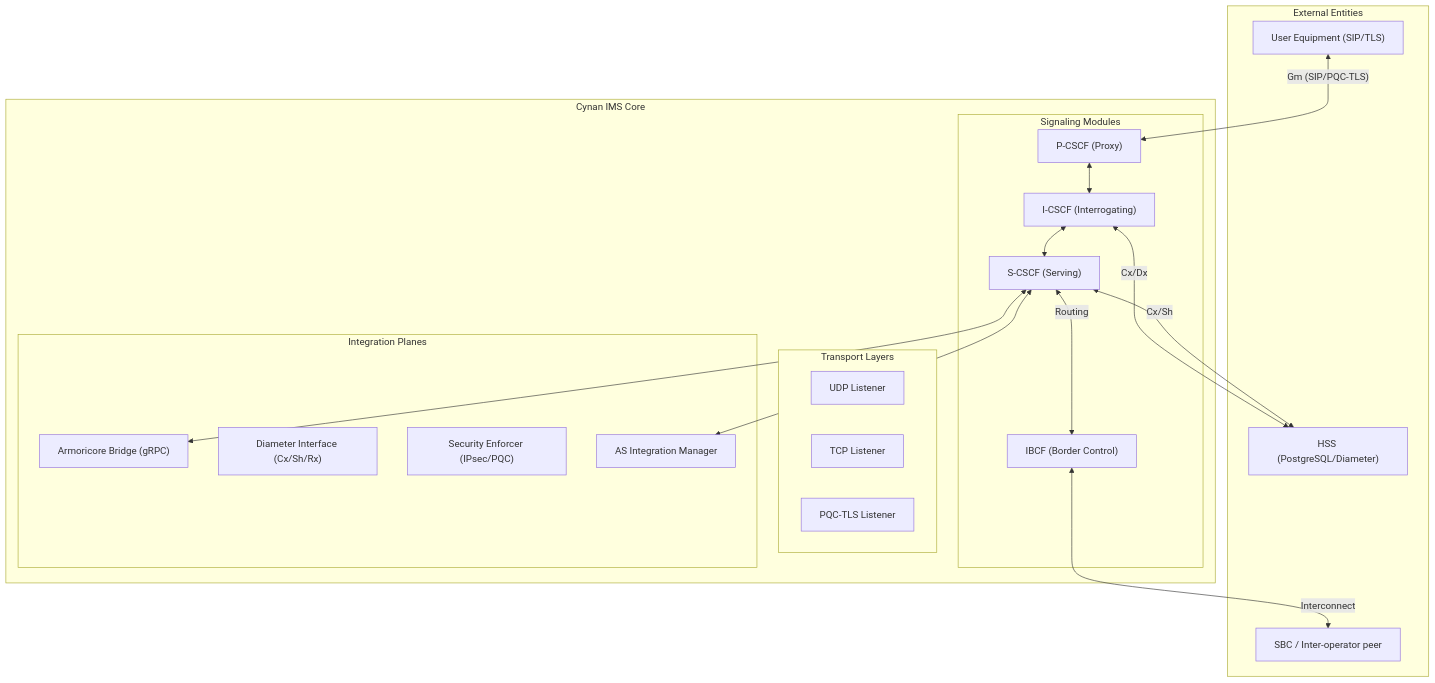
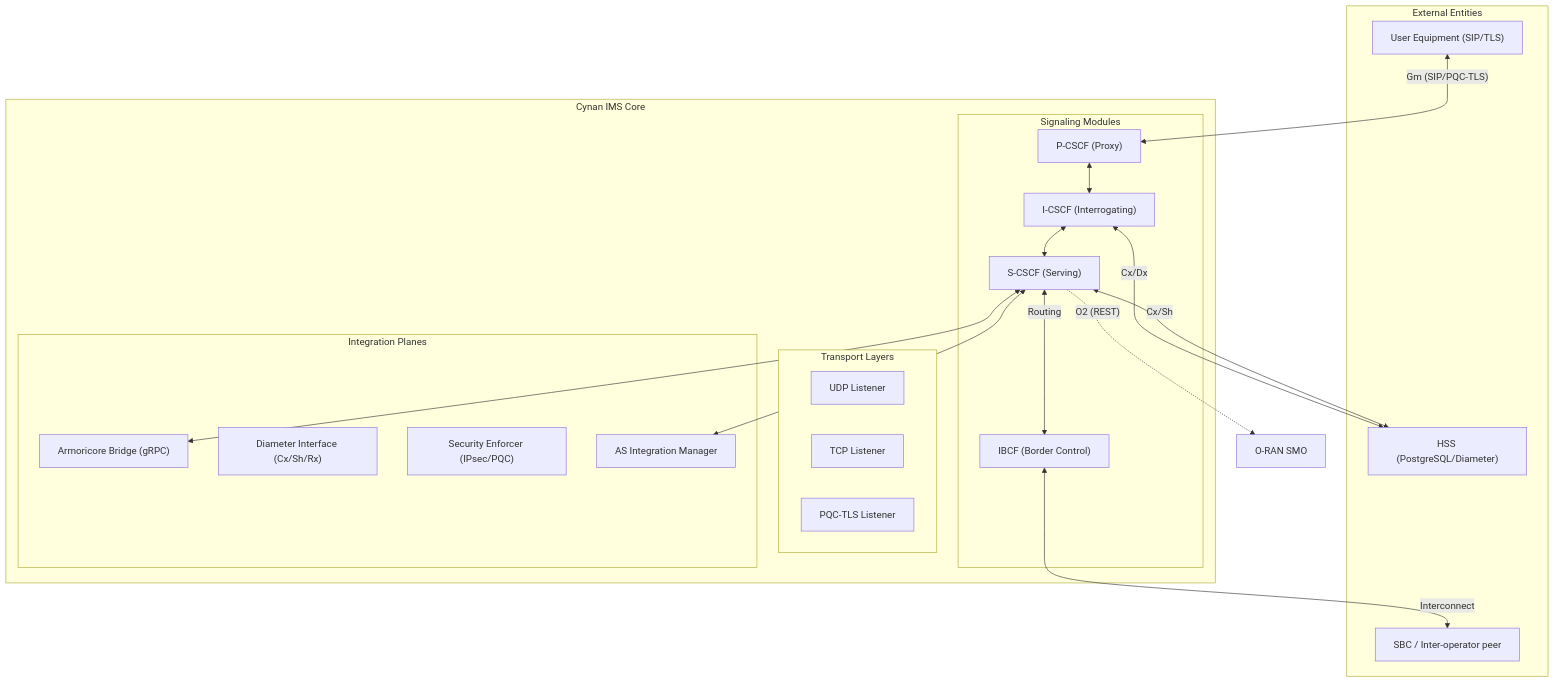
One commit to Fastcomcorp/Cynan changed the diagram in README.md. Above: the diagram before and after it, drawn with Mermaid. The commit also changed other lines of this file and 34 other files, not shown here.

````diff
--- a/README.md
+++ b/README.md
@@ -42,40 +42,41 @@
 ```mermaid
 graph TB
     subgraph "External Entities"
         UE["User Equipment (SIP/TLS)"]
         HSS["HSS (PostgreSQL/Diameter)"]
         SBC["SBC / Inter-operator peer"]
     end
 
     subgraph "Cynan IMS Core"
         subgraph "Transport Layers"
             UDP["UDP Listener"]
             TCP["TCP Listener"]
             TLS["PQC-TLS Listener"]
         end
 
         subgraph "Signaling Modules"
             PCSCF["P-CSCF (Proxy)"]
             ICSCF["I-CSCF (Interrogating)"]
             SCSCF["S-CSCF (Serving)"]
             IBCF["IBCF (Border Control)"]
         end
 
         subgraph "Integration Planes"
             ARM["Armoricore Bridge (gRPC)"]
             DIA["Diameter Interface (Cx/Sh/Rx)"]
             SEC["Security Enforcer (IPsec/PQC)"]
             AS["AS Integration Manager"]
         end
     end
 
     UE <-->|"Gm (SIP/PQC-TLS)"| PCSCF
     PCSCF <--> ICSCF
     ICSCF <--> SCSCF
     ICSCF <-->|"Cx/Dx"| HSS
     SCSCF <-->|"Cx/Sh"| HSS
     SCSCF <-->|"Routing"| IBCF
     IBCF <-->|"Interconnect"| SBC
     SCSCF <--> AS
     SCSCF <--> ARM
+    SCSCF -.->|"O2 (REST)"| SMO["O-RAN SMO"]
 ```
````
